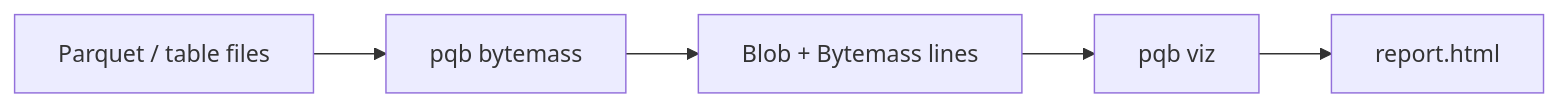
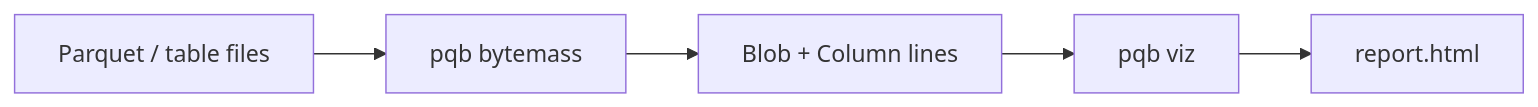
Before and after one commit to pqbench/pqbench: the diagram in docs/reference/viz.md, drawn with Mermaid. The commit also changed other lines of this file and 52 other files, not shown here.

````diff
--- a/docs/reference/viz.md
+++ b/docs/reference/viz.md
@@ -20,7 +20,7 @@
 ```mermaid
 flowchart LR
     files[Parquet / table files] --> bytemass[pqb bytemass]
-    bytemass --> stream["Blob + Bytemass lines"]
+    bytemass --> stream["Blob + Column lines"]
     stream --> viz[pqb viz]
     viz --> html[report.html]
 ```
````
